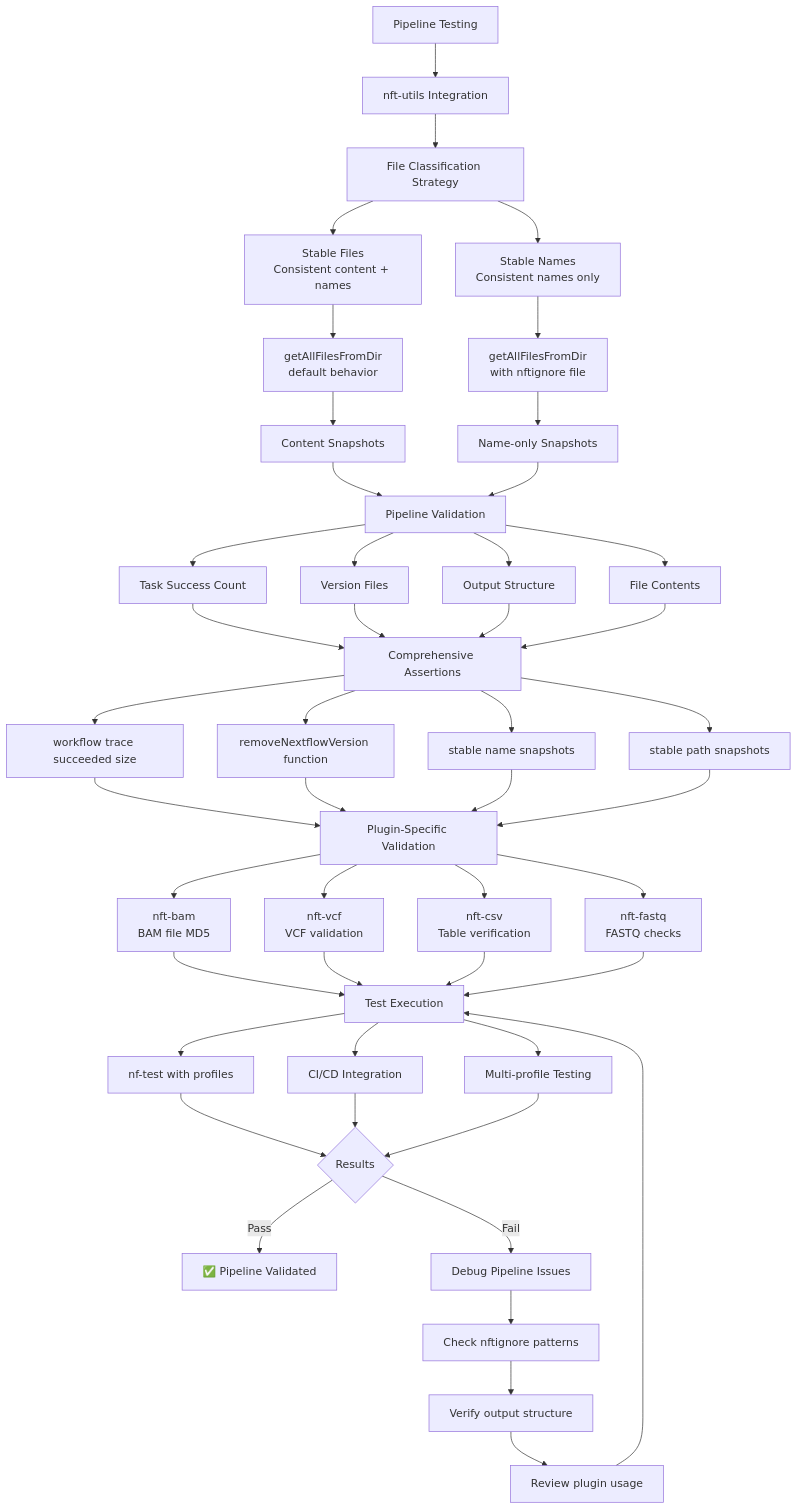
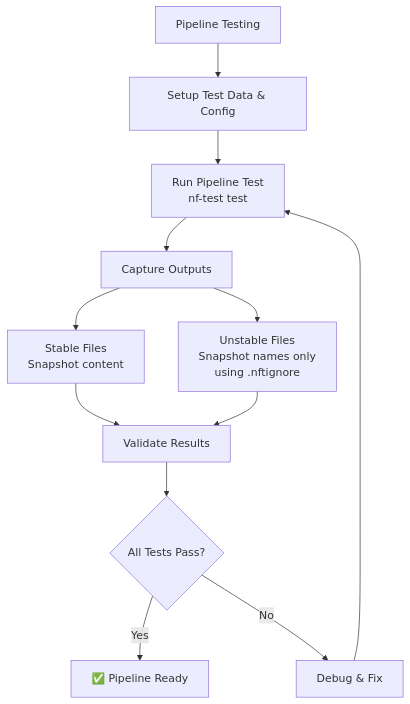
The diagram in sites/docs/src/content/docs/tutorials/tests_and_test_data/components/05_testing_pipelines.md (nf-core/website), drawn with Mermaid before and after one commit. The commit also changed 7 other files, not shown here.

Commit message:
Revise nf-test comprehensive guide for clarity and organization. Update section links, improve diagrams for project setup, module testing, subworkflow testing, pipeline testing, test data management, CI/CD integration, and command usage. Remove outdated content and enhance overall structure.

````diff
--- a/sites/docs/src/content/docs/tutorials/tests_and_test_data/components/05_testing_pipelines.md
+++ b/sites/docs/src/content/docs/tutorials/tests_and_test_data/components/05_testing_pipelines.md
@@ -16,63 +16,19 @@
 ```mermaid
 flowchart TD
-    A[Pipeline Testing] --> B[nft-utils Integration]
+    A[Pipeline Testing] --> B[Setup Test Data & Config]
 
-    B --> C[File Classification Strategy]
+    B --> C[Run Pipeline Test<br/>nf-test test]
 
-    C --> C1[Stable Files<br/>Consistent content + names]
-    C --> C2[Stable Names<br/>Consistent names only]
+    C --> D[Capture Outputs]
 
-    C1 --> D[getAllFilesFromDir<br/>default behavior]
-    C2 --> E[getAllFilesFromDir<br/>with nftignore file]
+    D --> E[Stable Files<br/>Snapshot content]
+    D --> F[Unstable Files<br/>Snapshot names only<br/>using .nftignore]
 
-    D --> F[Content Snapshots]
-    E --> G[Name-only Snapshots]
+    E --> G[Validate Results]
+    F --> G
 
-    F --> H[Pipeline Validation]
-    G --> H
-
-    H --> H1[Task Success Count]
-    H --> H2[Version Files]
-    H --> H3[Output Structure]
-    H --> H4[File Contents]
-
-    H1 --> I[Comprehensive Assertions]
-    H2 --> I
-    H3 --> I
-    H4 --> I
-
-    I --> I1[workflow trace succeeded size]
-    I --> I2[removeNextflowVersion function]
-    I --> I3[stable name snapshots]
-    I --> I4[stable path snapshots]
-
-    I1 --> J[Plugin-Specific Validation]
-    I2 --> J
-    I3 --> J
-    I4 --> J
-
-    J --> J1[nft-bam<br/>BAM file MD5]
-    J --> J2[nft-vcf<br/>VCF validation]
-    J --> J3[nft-csv<br/>Table verification]
-    J --> J4[nft-fastq<br/>FASTQ checks]
-
-    J1 --> K[Test Execution]
-    J2 --> K
-    J3 --> K
-    J4 --> K
-
-    K --> K1[nf-test with profiles]
-    K --> K2[CI/CD Integration]
-    K --> K3[Multi-profile Testing]
-
-    K1 --> L{Results}
-    K2 --> L
-    K3 --> L
-
-    L --> |Pass| M[✅ Pipeline Validated]
-    L --> |Fail| N[Debug Pipeline Issues]
-    N --> O[Check nftignore patterns]
-    O --> P[Verify output structure]
-    P --> Q[Review plugin usage]
-    Q --> K
+    G --> H{All Tests Pass?}
+    H --> |Yes| I[✅ Pipeline Ready]
+    H --> |No| J[Debug & Fix]
+    J --> C
 ```
````
